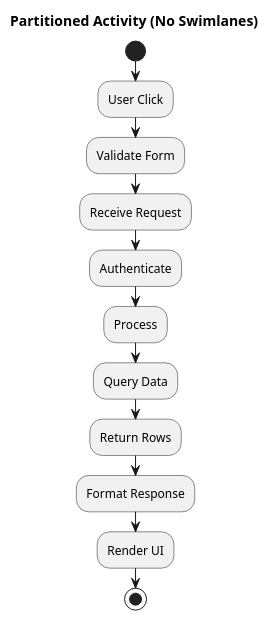
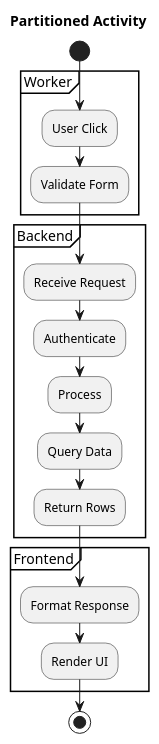
One commit to alliecatowo/puml changed the diagram in docs/examples/activity/07_partition.puml. Above: the diagram before and after it, drawn with PlantUML.

Commit message:
Fix #586: update 07_partition fixture to use partition { } syntax
The fixture was a plain linear flow with no partition keywords, so it
could never exercise lane-border rendering. Replace with a three-partition
Worker/Backend/Frontend example that exercises the partition { } path
already implemented in the renderer, producing visible lane headers and
dashed-border columns.

```diff
--- a/docs/examples/activity/07_partition.puml
+++ b/docs/examples/activity/07_partition.puml
@@ -1,14 +1,20 @@
 @startuml
-title Partitioned Activity (No Swimlanes)
+title Partitioned Activity
 start
-:User Click;
-:Validate Form;
-:Receive Request;
-:Authenticate;
-:Process;
-:Query Data;
-:Return Rows;
-:Format Response;
-:Render UI;
+partition Worker {
+  :User Click;
+  :Validate Form;
+}
+partition Backend {
+  :Receive Request;
+  :Authenticate;
+  :Process;
+  :Query Data;
+  :Return Rows;
+}
+partition Frontend {
+  :Format Response;
+  :Render UI;
+}
 stop
 @enduml
```
